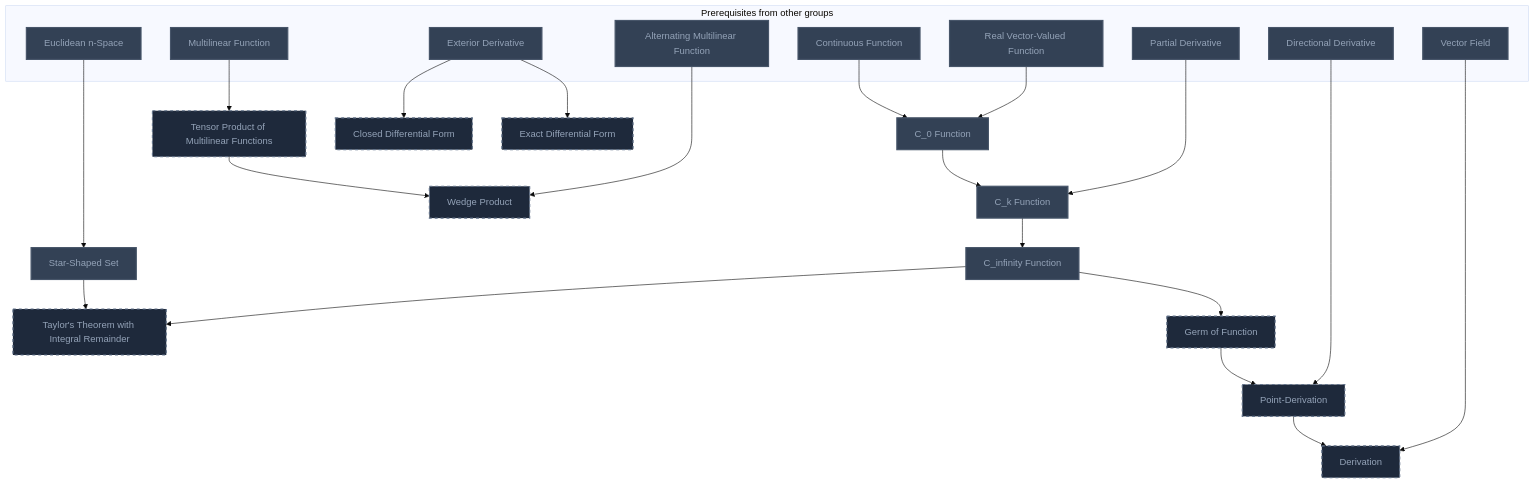
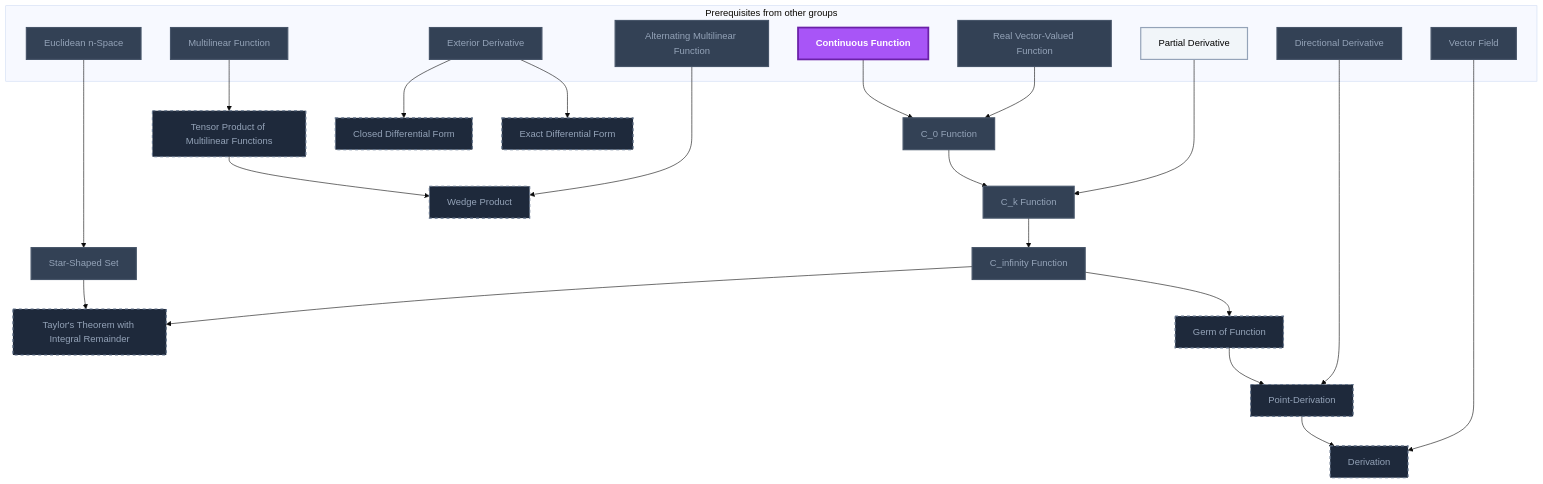
Before and after one commit to MRauf1/My-Notes: diagram 12 of 21 in Gamification/Skill Trees/Differential Geometry.md, drawn with Mermaid (base theme). The commit also changed other lines of this file and 156 other files, not shown here.

````diff
--- a/Gamification/Skill Trees/Differential Geometry.md
+++ b/Gamification/Skill Trees/Differential Geometry.md
@@ -897,56 +904,58 @@
 ```mermaid
 flowchart TD
     classDef planned fill:#1E293B,stroke:#64748B,stroke-width:2px,stroke-dasharray:5 5,color:#94A3B8;
     classDef locked fill:#334155,stroke:#475569,stroke-width:2px,color:#94A3B8;
     classDef L0 fill:#F1F5F9,stroke:#94A3B8,stroke-width:2px,color:#000000;
     classDef L1 fill:#22C55E,stroke:#15803D,stroke-width:2px,color:#000000;
     classDef L2 fill:#3B82F6,stroke:#1D4ED8,stroke-width:3px,color:#FFFFFF;
     classDef L3 fill:#A855F7,stroke:#6B21A8,stroke-width:3px,color:#FFFFFF,font-weight:bold;
     classDef L4 fill:#F97316,stroke:#C2410C,stroke-width:4px,color:#000000,font-weight:bold;
     classDef L5 fill:#FFD700,stroke:#FF8C00,stroke-width:5px,color:#000000,font-weight:bold;
     classDef rusty stroke:#8B4513,stroke-width:4px,stroke-dasharray:3 3;
     subgraph sg_prereqs["Prerequisites from other groups"]
         n_continuous_function["Continuous Function"]
         n_real_vector_valued_function["Real Vector-Valued Function"]
         n_partial_derivative["Partial Derivative"]
         n_euclidean_n_space["Euclidean n-Space"]
         n_directional_derivative["Directional Derivative"]
         n_vector_field["Vector Field"]
         n_multilinear_function["Multilinear Function"]
         n_alternating_multilinear_function["Alternating Multilinear Function"]
         n_exterior_derivative["Exterior Derivative"]
     end
     n_c_0_function["C_0 Function"]
     n_c_k_function["C_k Function"]
     n_c_infinity_function["C_infinity Function"]
     n_star_shaped_set["Star-Shaped Set"]
     n_taylor_s_theorem_with_integral_remainder["Taylor's Theorem with Integral Remainder"]
     n_germ_of_function["Germ of Function"]
     n_point_derivation["Point-Derivation"]
     n_derivation["Derivation"]
     n_tensor_product_of_multilinear_functions["Tensor Product of Multilinear Functions"]
     n_wedge_product["Wedge Product"]
     n_closed_differential_form["Closed Differential Form"]
     n_exact_differential_form["Exact Differential Form"]
     n_continuous_function --> n_c_0_function
     n_real_vector_valued_function --> n_c_0_function
     n_c_0_function --> n_c_k_function
     n_partial_derivative --> n_c_k_function
     n_c_k_function --> n_c_infinity_function
     n_euclidean_n_space --> n_star_shaped_set
     n_star_shaped_set --> n_taylor_s_theorem_with_integral_remainder
     n_c_infinity_function --> n_taylor_s_theorem_with_integral_remainder
     n_c_infinity_function --> n_germ_of_function
     n_germ_of_function --> n_point_derivation
     n_directional_derivative --> n_point_derivation
     n_point_derivation --> n_derivation
     n_vector_field --> n_derivation
     n_multilinear_function --> n_tensor_product_of_multilinear_functions
     n_tensor_product_of_multilinear_functions --> n_wedge_product
     n_alternating_multilinear_function --> n_wedge_product
     n_exterior_derivative --> n_closed_differential_form
     n_exterior_derivative --> n_exact_differential_form
     class n_taylor_s_theorem_with_integral_remainder,n_germ_of_function,n_point_derivation,n_derivation,n_tensor_product_of_multilinear_functions,n_wedge_product,n_closed_differential_form,n_exact_differential_form planned;
-    class n_continuous_function,n_real_vector_valued_function,n_partial_derivative,n_euclidean_n_space,n_directional_derivative,n_vector_field,n_multilinear_function,n_alternating_multilinear_function,n_exterior_derivative,n_c_0_function,n_c_k_function,n_c_infinity_function,n_star_shaped_set locked;
+    class n_real_vector_valued_function,n_euclidean_n_space,n_directional_derivative,n_vector_field,n_multilinear_function,n_alternating_multilinear_function,n_exterior_derivative,n_c_0_function,n_c_k_function,n_c_infinity_function,n_star_shaped_set locked;
+    class n_partial_derivative L0;
+    class n_continuous_function L3;
     class n_continuous_function,n_real_vector_valued_function,n_partial_derivative,n_euclidean_n_space,n_directional_derivative,n_vector_field,n_multilinear_function,n_alternating_multilinear_function,n_exterior_derivative,n_c_0_function,n_c_k_function,n_c_infinity_function,n_star_shaped_set internal-link;
 ```
````
